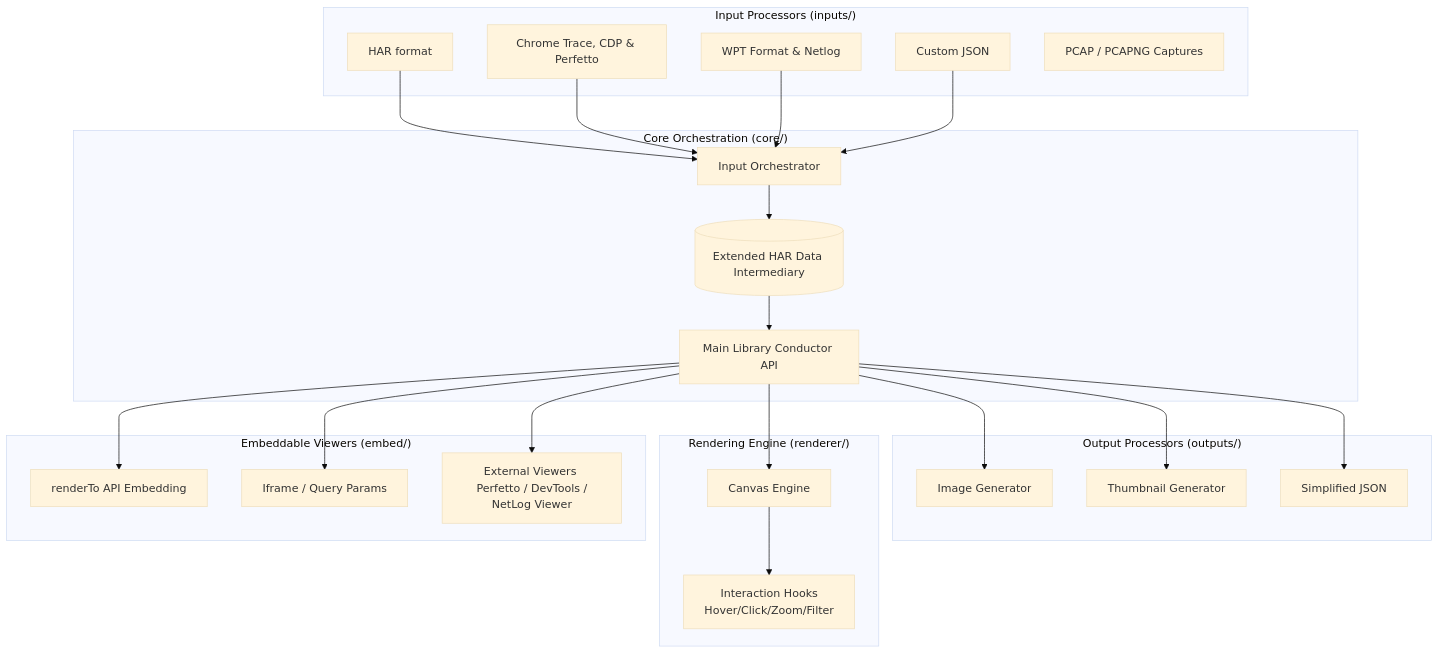
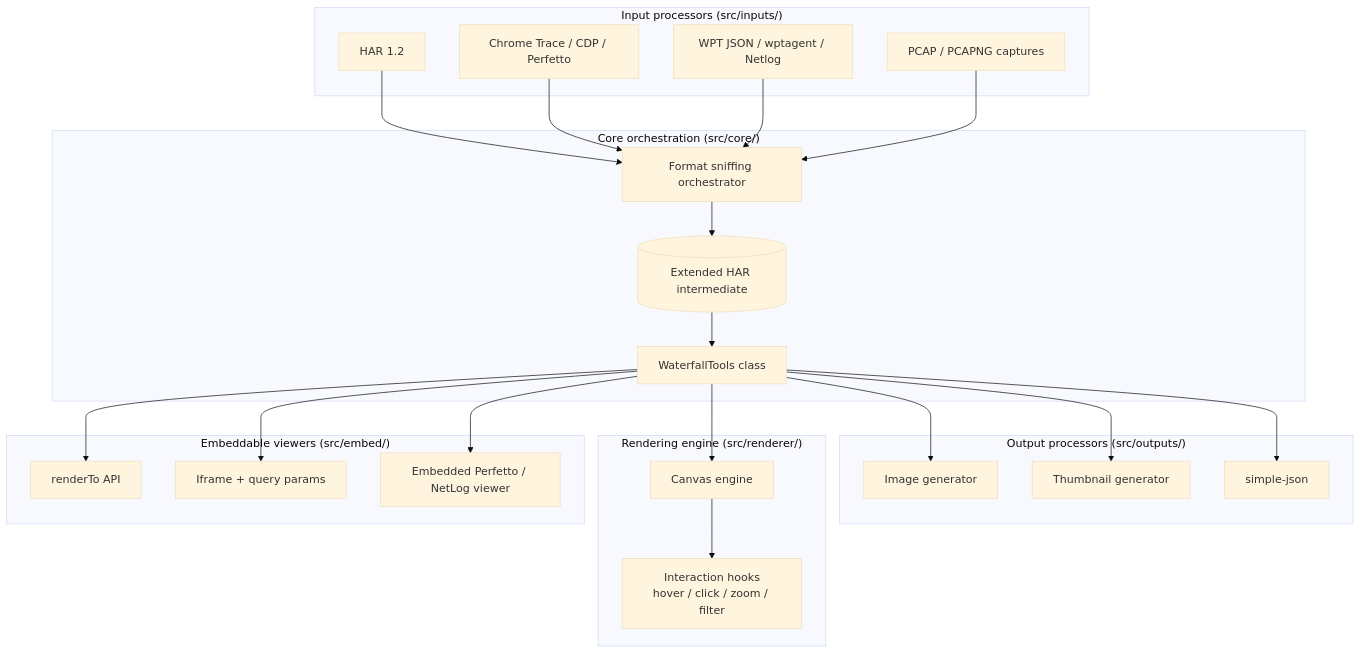
Before and after one commit to pmeenan/waterfall-tools: the diagram in Docs/Architecture.md, drawn with Mermaid (base theme). The commit also changed other lines of this file and 1 other file, not shown here.

````diff
--- a/Docs/Architecture.md
+++ b/Docs/Architecture.md
@@ -14,56 +16,51 @@
 ```mermaid
 graph TD
-    %% Inputs
-    subgraph Inputs ["Input Processors (inputs/)"]
-        HARv1[HAR format]
-        ChromeTrace[Chrome Trace, CDP & Perfetto]
-        WPT[WPT Format & Netlog]
-        Custom[Custom JSON]
-        Tcpdump[PCAP / PCAPNG Captures]
+    subgraph Inputs ["Input processors (src/inputs/)"]
+        HAR[HAR 1.2]
+        ChromeTrace[Chrome Trace / CDP / Perfetto]
+        WPT[WPT JSON / wptagent / Netlog]
+        Tcpdump[PCAP / PCAPNG captures]
     end
 
-    %% Orchestrator
-    subgraph Core ["Core Orchestration (core/)"]
-        Orchestrator[Input Orchestrator]
-        HAR_Ext[(Extended HAR Data Intermediary)]
-        Conductor[Main Library Conductor API]
+    subgraph Core ["Core orchestration (src/core/)"]
+        Orchestrator[Format sniffing orchestrator]
+        HAR_Ext[(Extended HAR intermediate)]
+        Conductor[WaterfallTools class]
     end
 
-    %% Outputs & Viewers
-    subgraph Processors ["Output Processors (outputs/)"]
-        ImageGen[Image Generator]
-        ThumbGen[Thumbnail Generator]
-        JSONGen[Simplified JSON]
+    subgraph Outputs ["Output processors (src/outputs/)"]
+        ImageGen[Image generator]
+        ThumbGen[Thumbnail generator]
+        JSONGen[simple-json]
     end
 
-    subgraph Renderer ["Rendering Engine (renderer/)"]
-        Canvas[Canvas Engine]
-        Interactions[Interaction Hooks <br/> Hover/Click/Zoom/Filter]
+    subgraph Renderer ["Rendering engine (src/renderer/)"]
+        Canvas[Canvas engine]
+        Interactions[Interaction hooks<br/>hover / click / zoom / filter]
     end
 
-    subgraph Embed ["Embeddable Viewers (embed/)"]
-        DirectEmbed[renderTo API Embedding]
-        Iframe[Iframe / Query Params]
-        External[External Viewers <br/> Perfetto / DevTools / NetLog Viewer]
+    subgraph Embed ["Embeddable viewers (src/embed/)"]
+        DirectEmbed[renderTo API]
+        Iframe[Iframe + query params]
+        External[Embedded Perfetto / NetLog viewer]
     end
 
-    %% Connections
-    HARv1 --> Orchestrator
+    HAR --> Orchestrator
     ChromeTrace --> Orchestrator
     WPT --> Orchestrator
-    Custom --> Orchestrator
-    
+    Tcpdump --> Orchestrator
+
     Orchestrator --> HAR_Ext
     HAR_Ext --> Conductor
-    
+
     Conductor --> ImageGen
     Conductor --> ThumbGen
     Conductor --> JSONGen
-    
+
     Conductor --> Canvas
     Canvas --> Interactions
-    
+
     Conductor --> DirectEmbed
     Conductor --> Iframe
     Conductor --> External
 ```
````
